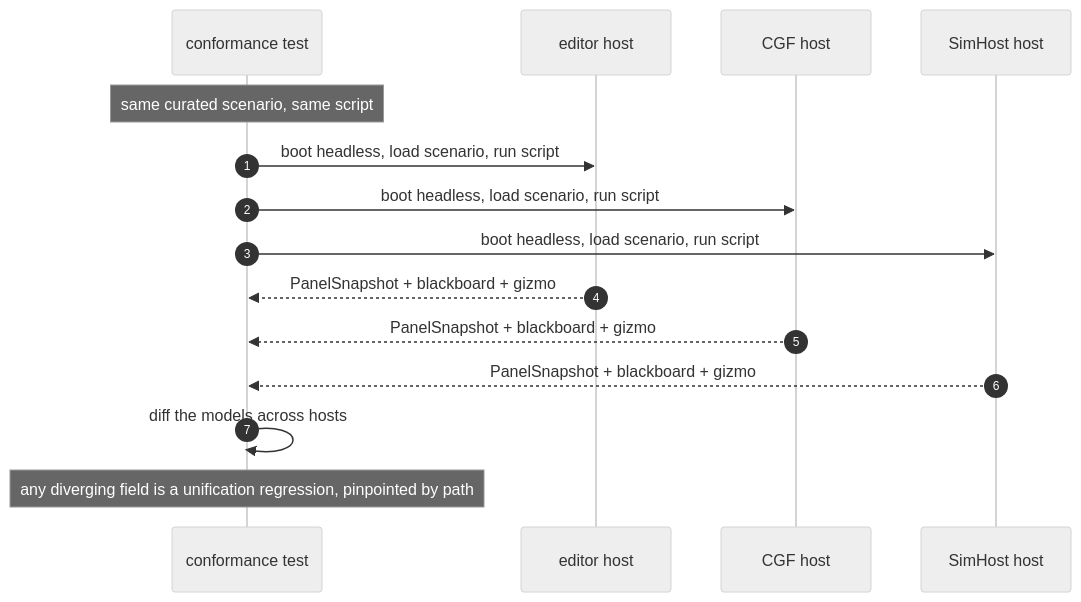
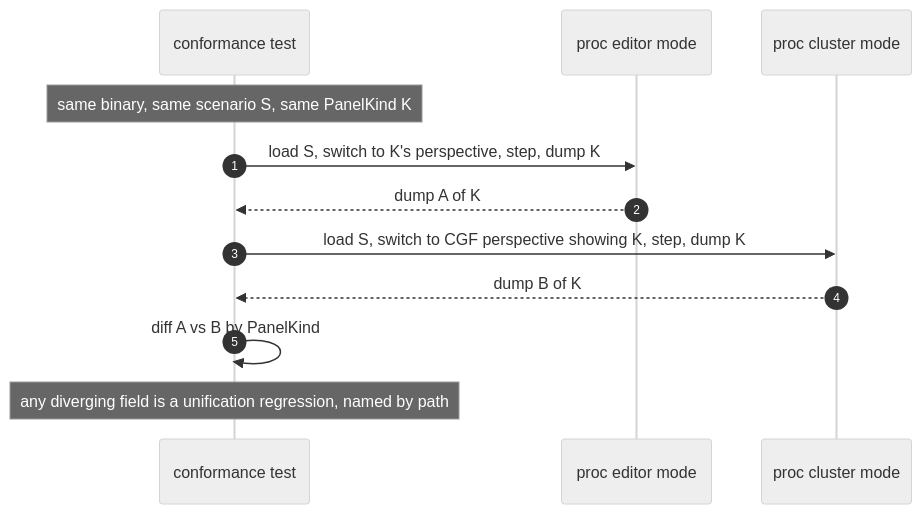
The fourth of 4 diagrams in docs/DESIGN_Headless_Testability.md (pjanec/HROT), drawn with Mermaid (neutral theme) before and after one commit. The commit also changed other lines of this file, not shown here.

First line of the commit message:
docs: rework the testing methodology design — one-binary/--mode, perspective-scoped capture, UML

````diff
--- a/docs/DESIGN_Headless_Testability.md
+++ b/docs/DESIGN_Headless_Testability.md
@@ -88,18 +176,15 @@
 ```mermaid
 sequenceDiagram
     autonumber
     participant T as conformance test
-    participant E as editor host
-    participant C as CGF host
-    participant S as SimHost host
+    participant A as proc editor mode
+    participant B as proc cluster mode
 
-    Note over T: same curated scenario, same script
-    T->>E: boot headless, load scenario, run script
-    T->>C: boot headless, load scenario, run script
-    T->>S: boot headless, load scenario, run script
-    E-->>T: PanelSnapshot + blackboard + gizmo
-    C-->>T: PanelSnapshot + blackboard + gizmo
-    S-->>T: PanelSnapshot + blackboard + gizmo
-    T->>T: diff the models across hosts
-    Note over T: any diverging field is a unification regression, pinpointed by path
+    Note over T: same binary, same scenario S, same PanelKind K
+    T->>A: load S, switch to K's perspective, step, dump K
+    A-->>T: dump A of K
+    T->>B: load S, switch to CGF perspective showing K, step, dump K
+    B-->>T: dump B of K
+    T->>T: diff A vs B by PanelKind
+    Note over T: any diverging field is a unification regression, named by path
 ```
````
